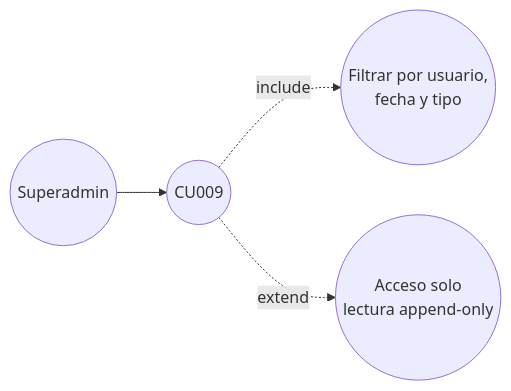
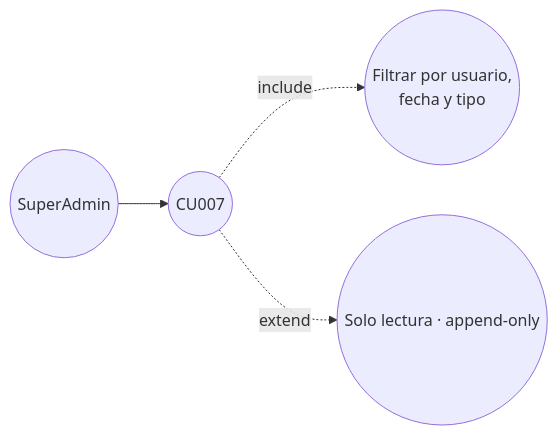
One commit to lFunkwnon01/igualab_md changed the eighth of 8 diagrams in FASE 1/01-Analisis-y-Diseno/07-Casos-de-Uso-Diagrama.md. Above: the diagram before and after it, drawn with Mermaid. The commit also changed other lines of this file and 124 other files, not shown here.

````diff
--- a/FASE 1/01-Analisis-y-Diseno/07-Casos-de-Uso-Diagrama.md
+++ b/FASE 1/01-Analisis-y-Diseno/07-Casos-de-Uso-Diagrama.md
@@ -150,6 +125,6 @@
 ```mermaid
 flowchart LR
-  SA(("Superadmin")) --> CU009((CU009))
-  CU009 -.->|include| FILT((Filtrar por usuario,<br/>fecha y tipo))
-  CU009 -.->|extend| READ((Acceso solo<br/>lectura append-only))
+  SA(("SuperAdmin")) --> CU007((CU007))
+  CU007 -.->|include| FILT((Filtrar por usuario,<br/>fecha y tipo))
+  CU007 -.->|extend| READ((Solo lectura · append-only))
 ```
````
